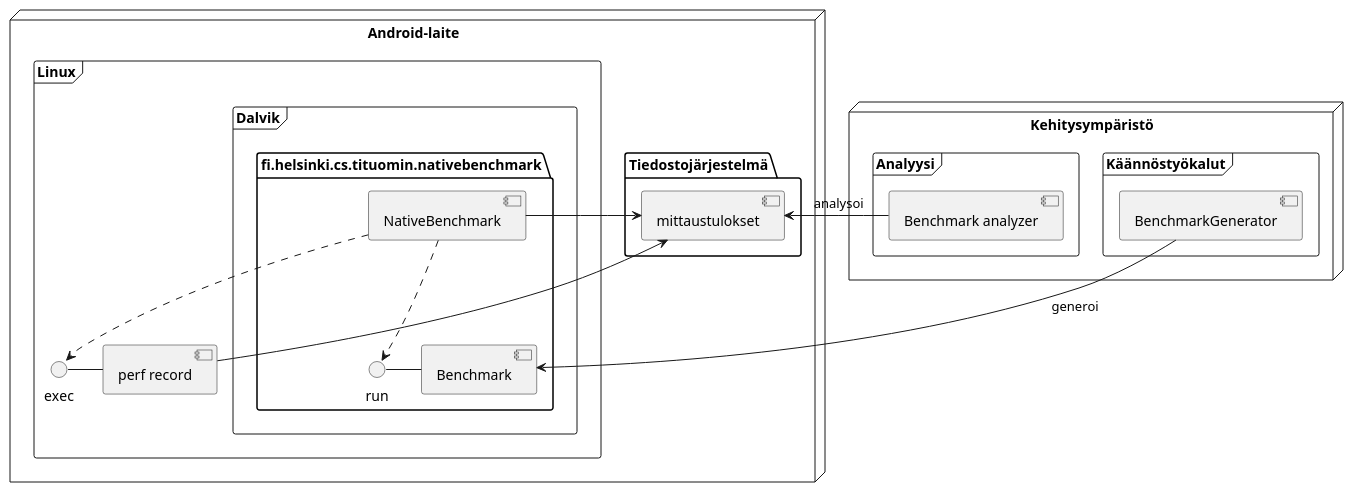
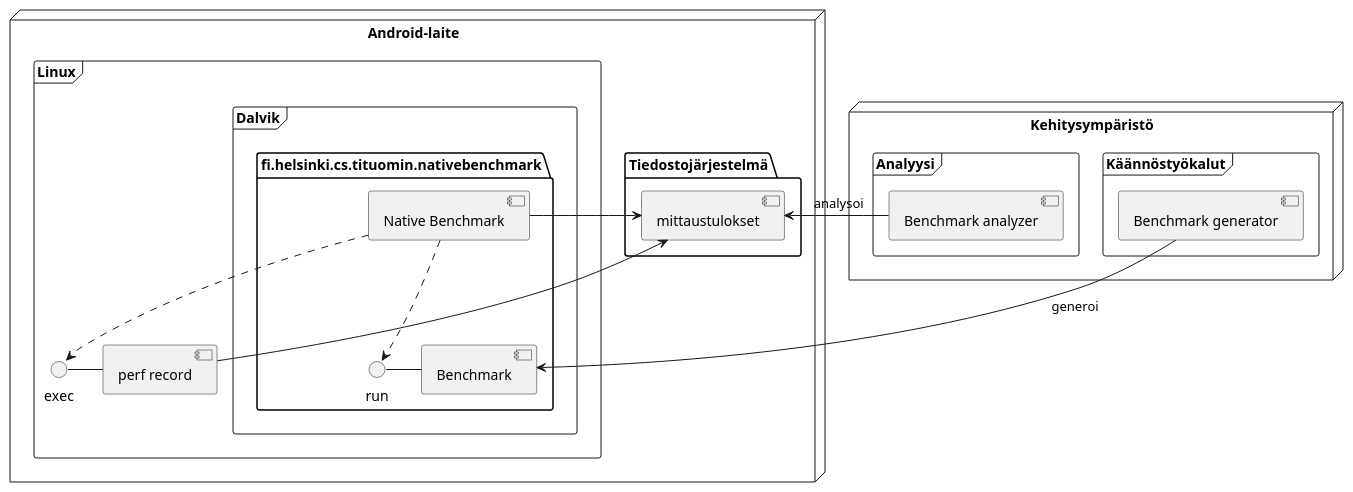
Before and after one commit to tituomin/gradu: the diagram in paper/src/figures/architecture.puml, drawn with PlantUML. The commit also changed 4 other files, not shown here.

```diff
--- a/paper/src/figures/architecture.puml
+++ b/paper/src/figures/architecture.puml
@@ -1,31 +1,31 @@
 
 node "Android-laite" {
   folder "Tiedostojärjestelmä" {
     [mittaustulokset]
   }
   frame "Linux" {
     frame "Dalvik" {
       package "fi.helsinki.cs.tituomin.nativebenchmark" {
         () run
         [Benchmark]
         [Benchmark] - run
-        [NativeBenchmark] ..> run
+        [Native Benchmark] ..> run
       }
     }
     [perf record] - exec
-    [NativeBenchmark] ..> exec
+    [Native Benchmark] ..> exec
   }
 }
 
 node "Kehitysympäristö" {
 
   frame "Käännöstyökalut" {
-    [BenchmarkGenerator] --> [Benchmark] : " generoi"
+    [Benchmark generator] --> [Benchmark] : " generoi"
   }
-  [mittaustulokset] <- [NativeBenchmark]
+  [mittaustulokset] <- [Native Benchmark]
   [mittaustulokset] <- [perf record]
 
   frame "Analyysi" {
     [Benchmark analyzer] -> [mittaustulokset] : " analysoi"
   }
 }
```
